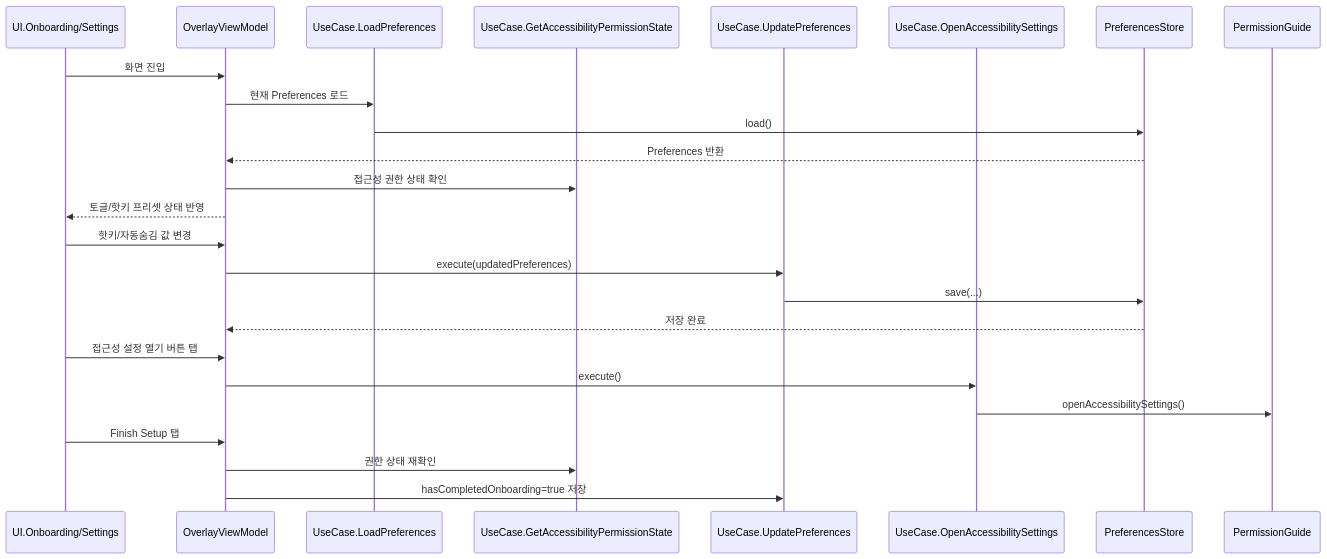
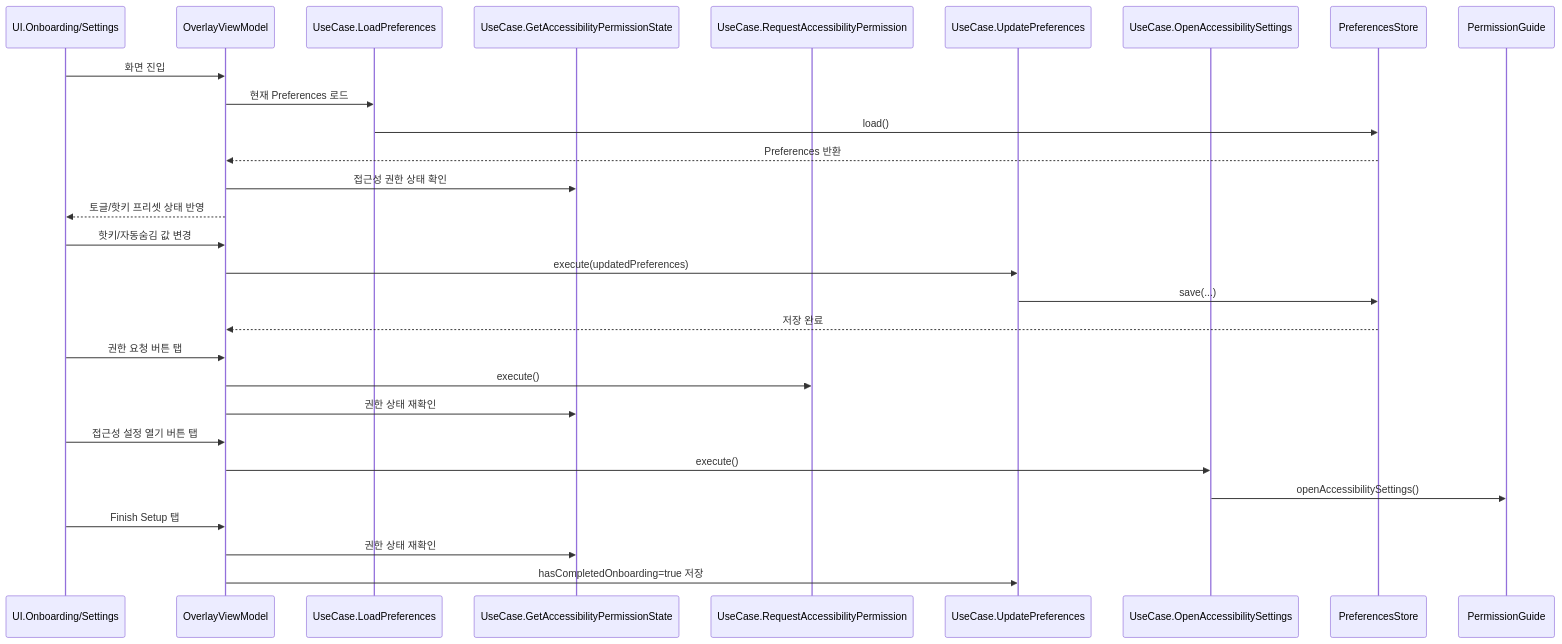
Before and after one commit to hahahoho-labs/KeydeukKeydeuk: the third of 4 diagrams in AGENTS.md, drawn with Mermaid. The commit also changed other lines of this file and 7 other files, not shown here.

Commit message:
fix: improve accessibility permission onboarding feedback

````diff
--- a/AGENTS.md
+++ b/AGENTS.md
@@ -130,31 +130,36 @@
 ```mermaid
 sequenceDiagram
   participant UI as UI.Onboarding/Settings
   participant VM as OverlayViewModel
   participant LP as UseCase.LoadPreferences
   participant GP as UseCase.GetAccessibilityPermissionState
+  participant RP as UseCase.RequestAccessibilityPermission
   participant UP as UseCase.UpdatePreferences
   participant OA as UseCase.OpenAccessibilitySettings
   participant PS as PreferencesStore
   participant PG as PermissionGuide
 
   UI->>VM: 화면 진입
   VM->>LP: 현재 Preferences 로드
   LP->>PS: load()
   PS-->>VM: Preferences 반환
   VM->>GP: 접근성 권한 상태 확인
   VM-->>UI: 토글/핫키 프리셋 상태 반영
 
   UI->>VM: 핫키/자동숨김 값 변경
   VM->>UP: execute(updatedPreferences)
   UP->>PS: save(...)
   PS-->>VM: 저장 완료
 
+  UI->>VM: 권한 요청 버튼 탭
+  VM->>RP: execute()
+  VM->>GP: 권한 상태 재확인
+
   UI->>VM: 접근성 설정 열기 버튼 탭
   VM->>OA: execute()
   OA->>PG: openAccessibilitySettings()
 
   UI->>VM: Finish Setup 탭
   VM->>GP: 권한 상태 재확인
   VM->>UP: hasCompletedOnboarding=true 저장
 ```
````
